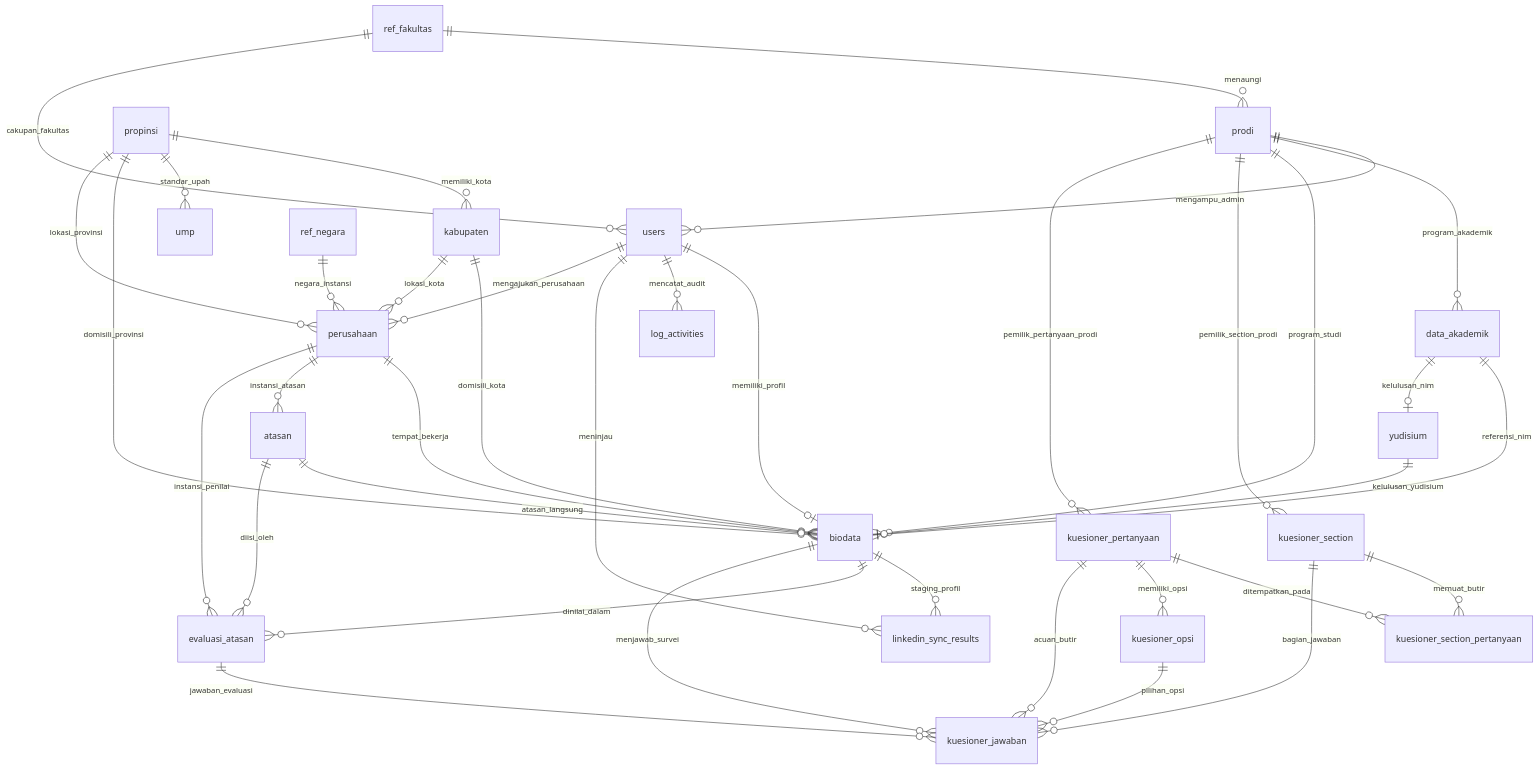
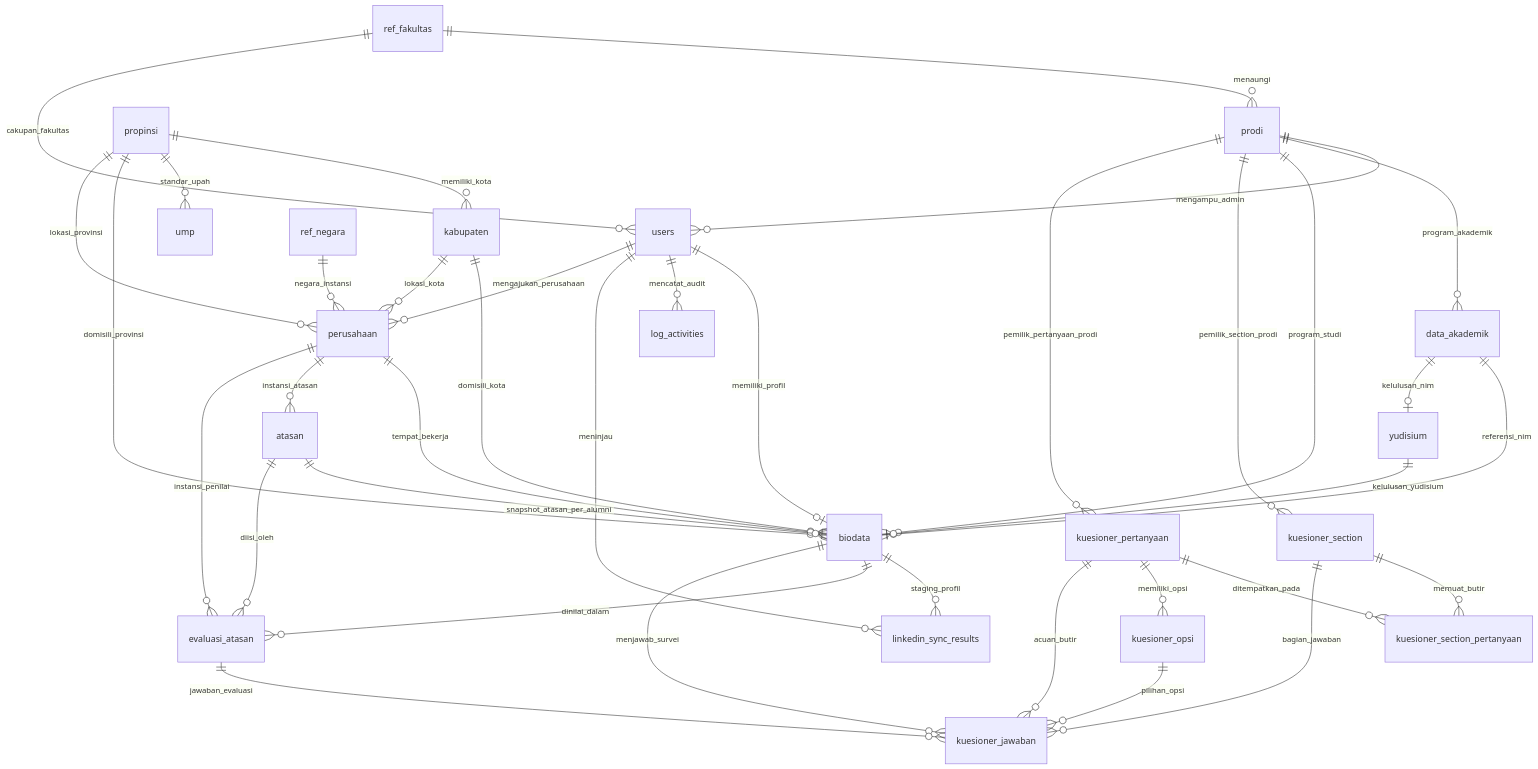
The first of 10 diagrams in ERD.md (claraanjelitakd/tugas-akhir), drawn with Mermaid before and after one commit. The commit also changed other lines of this file and 11 other files, not shown here.

Commit message:
fix: isolate supervisor data per alumni

````diff
--- a/ERD.md
+++ b/ERD.md
@@ -59,39 +59,39 @@
 ```mermaid
 erDiagram
     ref_fakultas ||--o{ prodi : "menaungi"
     ref_fakultas ||--o{ users : "cakupan_fakultas"
     prodi ||--o{ users : "mengampu_admin"
     prodi ||--o{ data_akademik : "program_akademik"
     prodi ||--o{ biodata : "program_studi"
     users ||--o| biodata : "memiliki_profil"
     users ||--o{ log_activities : "mencatat_audit"
     users ||--o{ linkedin_sync_results : "meninjau"
     users ||--o{ perusahaan : "mengajukan_perusahaan"
     data_akademik ||--o| biodata : "referensi_nim"
     data_akademik ||--o| yudisium : "kelulusan_nim"
     yudisium ||--o| biodata : "kelulusan_yudisium"
     propinsi ||--o{ kabupaten : "memiliki_kota"
     propinsi ||--o{ ump : "standar_upah"
     propinsi ||--o{ biodata : "domisili_provinsi"
     kabupaten ||--o{ biodata : "domisili_kota"
     propinsi ||--o{ perusahaan : "lokasi_provinsi"
     kabupaten ||--o{ perusahaan : "lokasi_kota"
     ref_negara ||--o{ perusahaan : "negara_instansi"
     perusahaan ||--o{ biodata : "tempat_bekerja"
     perusahaan ||--o{ atasan : "instansi_atasan"
-    atasan ||--o{ biodata : "atasan_langsung"
+    atasan ||--o| biodata : "snapshot_atasan_per_alumni"
     biodata ||--o{ linkedin_sync_results : "staging_profil"
     prodi ||--o{ kuesioner_section : "pemilik_section_prodi"
     prodi ||--o{ kuesioner_pertanyaan : "pemilik_pertanyaan_prodi"
     kuesioner_section ||--o{ kuesioner_section_pertanyaan : "memuat_butir"
     kuesioner_pertanyaan ||--o{ kuesioner_section_pertanyaan : "ditempatkan_pada"
     kuesioner_pertanyaan ||--o{ kuesioner_opsi : "memiliki_opsi"
     biodata ||--o{ evaluasi_atasan : "dinilai_dalam"
     perusahaan ||--o{ evaluasi_atasan : "instansi_penilai"
     atasan ||--o{ evaluasi_atasan : "diisi_oleh"
     biodata ||--o{ kuesioner_jawaban : "menjawab_survei"
     evaluasi_atasan ||--o{ kuesioner_jawaban : "jawaban_evaluasi"
     kuesioner_section ||--o{ kuesioner_jawaban : "bagian_jawaban"
     kuesioner_pertanyaan ||--o{ kuesioner_jawaban : "acuan_butir"
     kuesioner_opsi ||--o{ kuesioner_jawaban : "pilihan_opsi"
 ```
````
